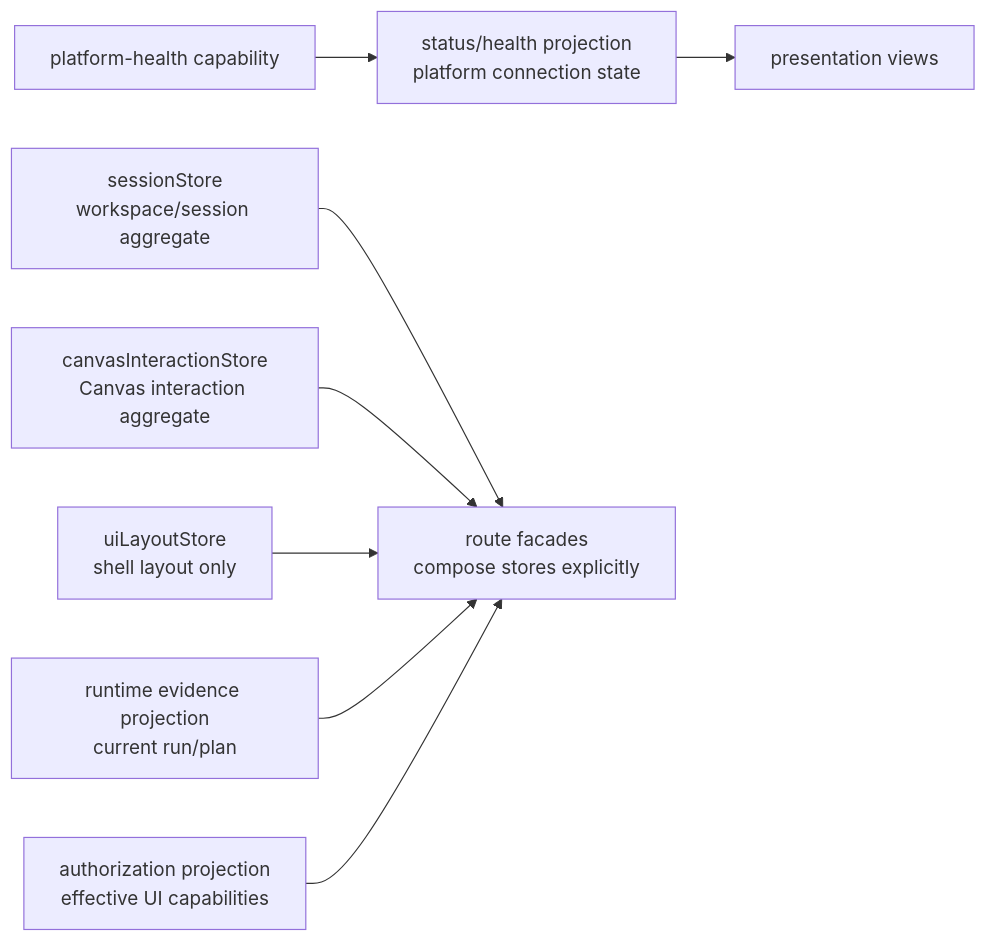
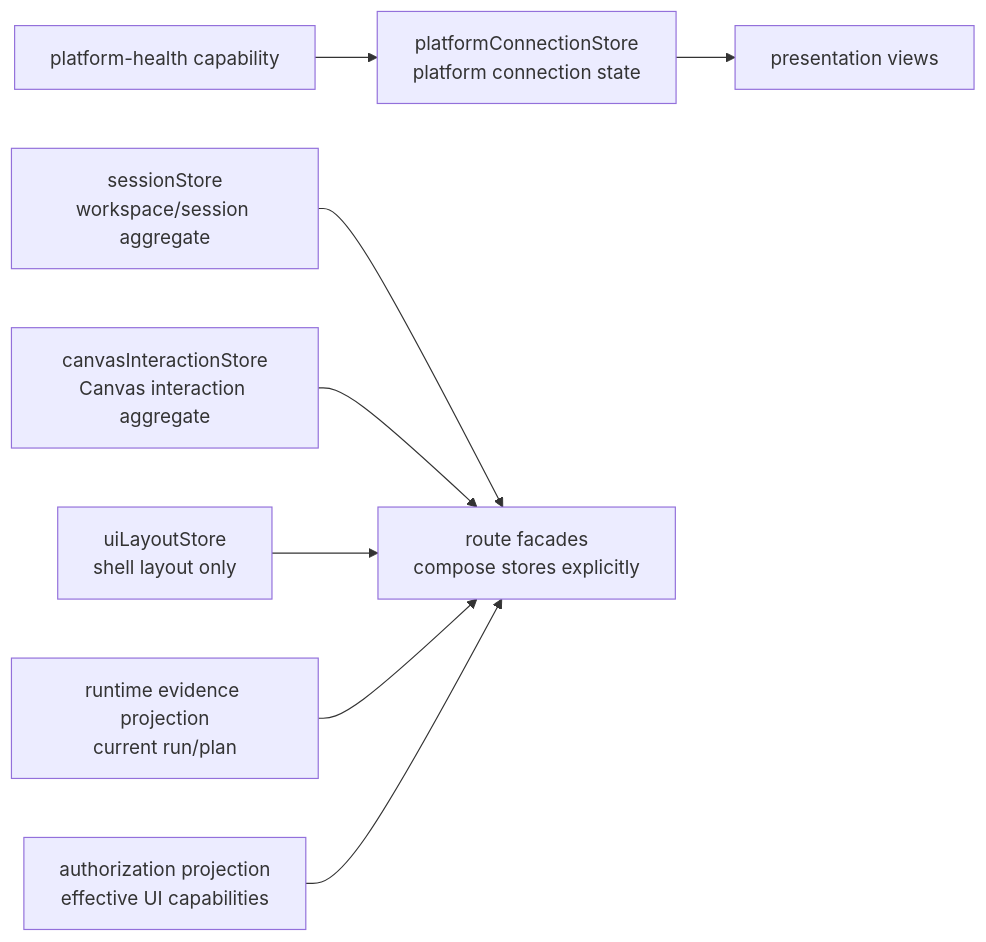
The second of 2 diagrams in docs/planning/proposals/mandatory/frontend-and-ux/f05-store-domain-ownership-closure-plan-20260503.md (dunay2/dvt), drawn with Mermaid before and after one commit. The commit also changed other lines of this file and 14 other files, not shown here.

Commit message:
refactor(web): Move platform connection status out of layout store

````diff
--- a/docs/planning/proposals/mandatory/frontend-and-ux/f05-store-domain-ownership-closure-plan-20260503.md
+++ b/docs/planning/proposals/mandatory/frontend-and-ux/f05-store-domain-ownership-closure-plan-20260503.md
@@ -108,21 +110,21 @@
 ```mermaid
 flowchart LR
   Session["sessionStore<br/>workspace/session aggregate"]
   Canvas["canvasInteractionStore<br/>Canvas interaction aggregate"]
   Shell["uiLayoutStore<br/>shell layout only"]
-  Status["status/health projection<br/>platform connection state"]
+  Status["platformConnectionStore<br/>platform connection state"]
   Runtime["runtime evidence projection<br/>current run/plan"]
   Auth["authorization projection<br/>effective UI capabilities"]
 
   Facade["route facades<br/>compose stores explicitly"]
   Views["presentation views"]
   Health["platform-health capability"]
 
   Session --> Facade
   Canvas --> Facade
   Shell --> Facade
   Runtime --> Facade
   Auth --> Facade
   Status --> Views
   Health --> Status
 ```
````
